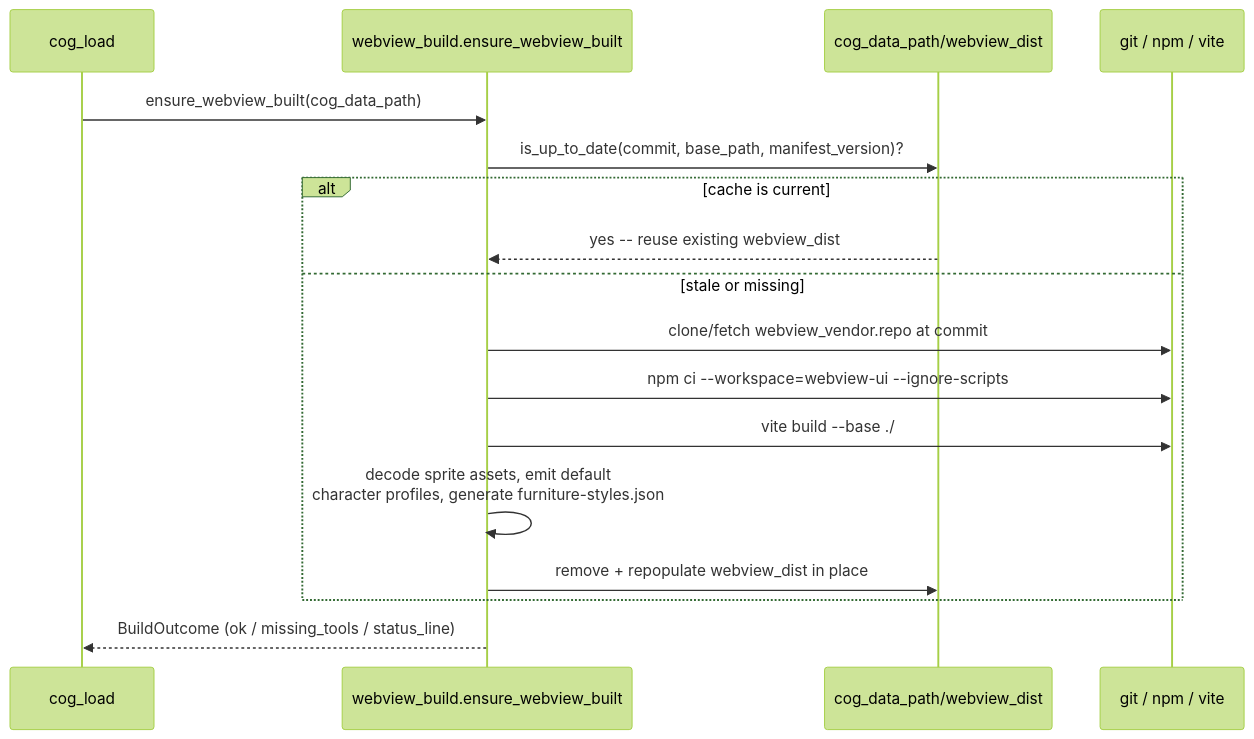
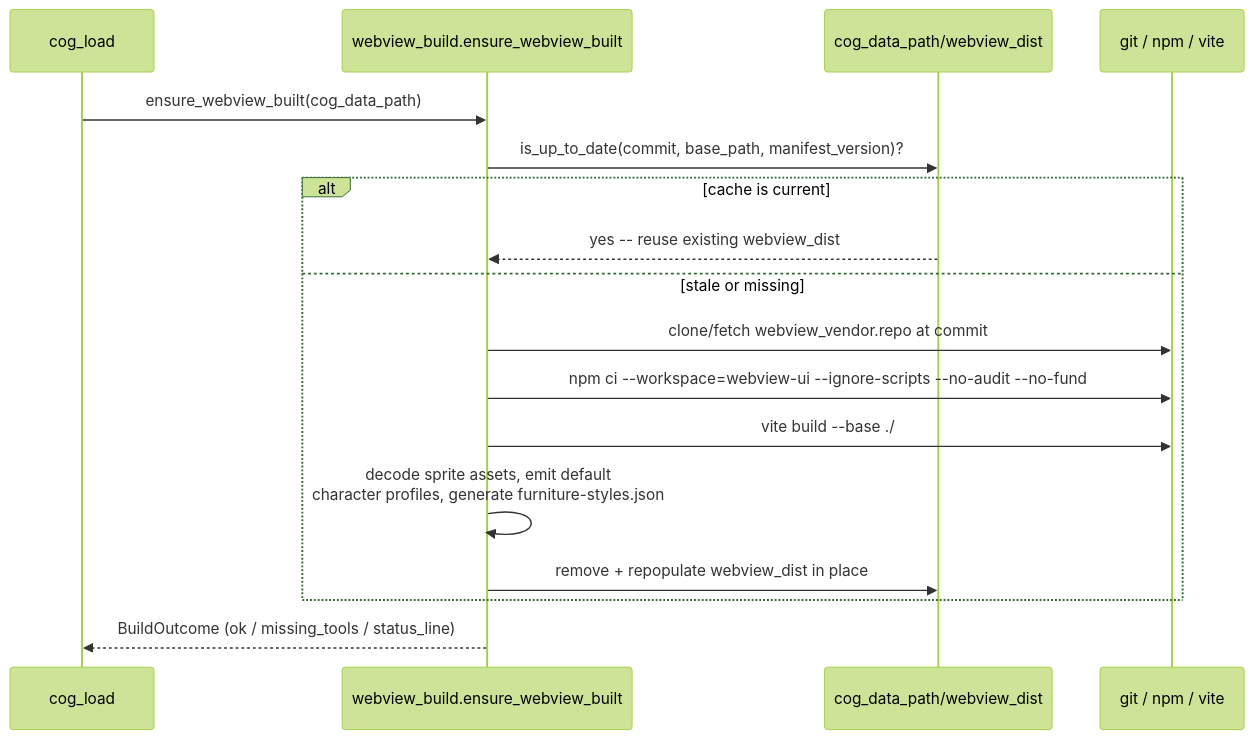
The third of 3 diagrams in pixelagents/Architecture.md (pixel-agents-hq/pixel-agents-cogs), drawn with Mermaid (forest theme) before and after one commit. The commit also changed 8 other files, not shown here.

First line of the commit message:
ci: warm vendored npm cache, skip npm audit in the webview build, give first cog loads headroom (#106)

````diff
--- a/pixelagents/Architecture.md
+++ b/pixelagents/Architecture.md
@@ -122,20 +122,20 @@
 ```mermaid
 sequenceDiagram
     participant Load as cog_load
     participant Build as webview_build.ensure_webview_built
     participant Cache as cog_data_path/webview_dist
     participant Git as git / npm / vite
 
     Load->>Build: ensure_webview_built(cog_data_path)
     Build->>Cache: is_up_to_date(commit, base_path, manifest_version)?
     alt cache is current
         Cache-->>Build: yes -- reuse existing webview_dist
     else stale or missing
         Build->>Git: clone/fetch webview_vendor.repo at commit
-        Build->>Git: npm ci --workspace=webview-ui --ignore-scripts
+        Build->>Git: npm ci --workspace=webview-ui --ignore-scripts --no-audit --no-fund
         Build->>Git: vite build --base ./
         Build->>Build: decode sprite assets, emit default<br/>character profiles, generate furniture-styles.json
         Build->>Cache: remove + repopulate webview_dist in place
     end
     Build-->>Load: BuildOutcome (ok / missing_tools / status_line)
 ```
````
